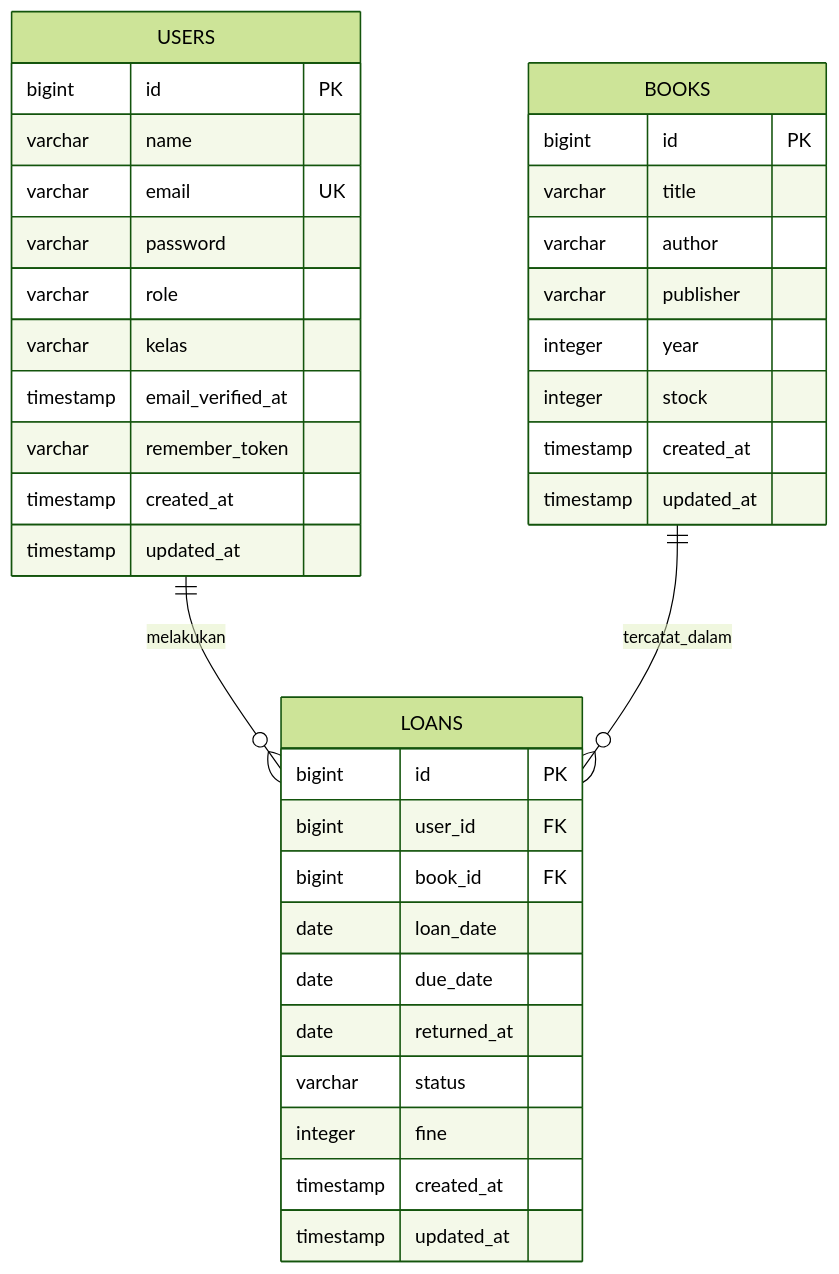
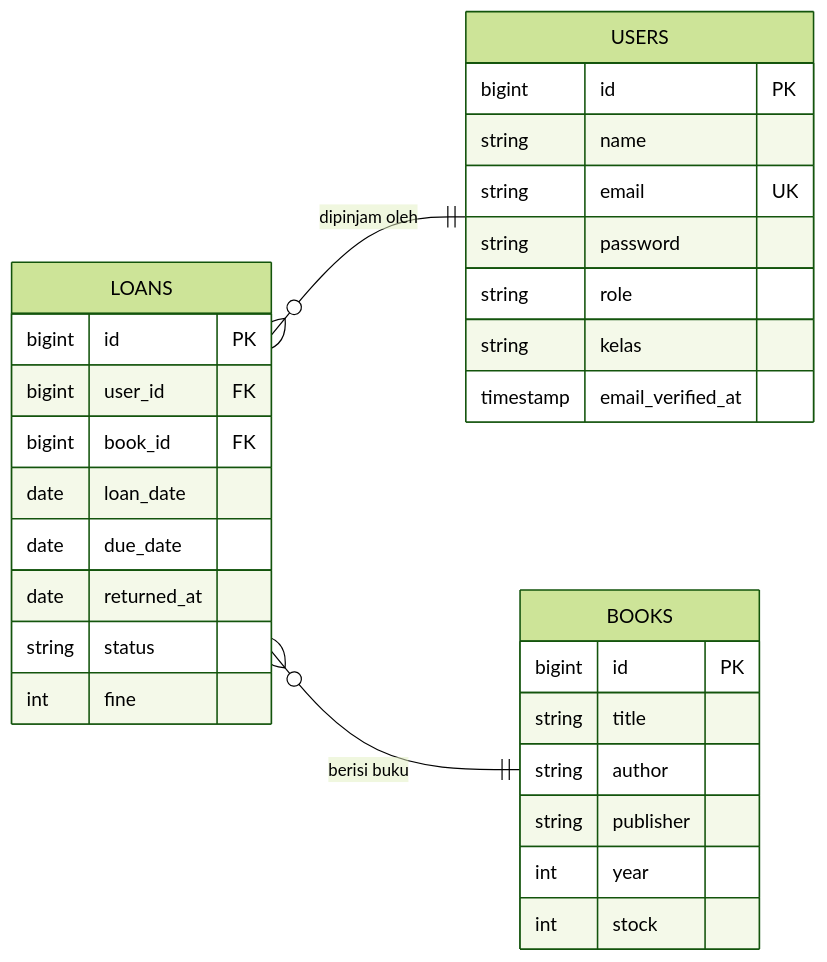
One commit to AminHakim113/UKK_2026-peminjaman_buku changed the diagram in README.md. Above: the diagram before and after it, drawn with Mermaid (forest theme). The commit also changed other lines of this file, not shown here.

````diff
--- a/README.md
+++ b/README.md
@@ -441,42 +441,37 @@
 ```mermaid
 erDiagram
-    USERS ||--o{ LOANS : melakukan
-    BOOKS ||--o{ LOANS : tercatat_dalam
-
-    USERS {
-        bigint id PK
-        varchar name
-        varchar email UK
-        varchar password
-        varchar role
-        varchar kelas
-        timestamp email_verified_at
-        varchar remember_token
-        timestamp created_at
-        timestamp updated_at
-    }
-
-    BOOKS {
-        bigint id PK
-        varchar title
-        varchar author
-        varchar publisher
-        integer year
-        integer stock
-        timestamp created_at
-        timestamp updated_at
-    }
+    direction LR
 
     LOANS {
         bigint id PK
         bigint user_id FK
         bigint book_id FK
         date loan_date
         date due_date
         date returned_at
-        varchar status
-        integer fine
-        timestamp created_at
-        timestamp updated_at
+        string status
+        int fine
     }
+
+    USERS {
+        bigint id PK
+        string name
+        string email UK
+        string password
+        string role
+        string kelas
+        timestamp email_verified_at
+    }
+
+    BOOKS {
+        bigint id PK
+        string title
+        string author
+        string publisher
+        int year
+        int stock
+    }
+
+    LOANS }o--|| USERS : "dipinjam oleh"
+    LOANS }o--|| BOOKS : "berisi buku"
 ```
````
